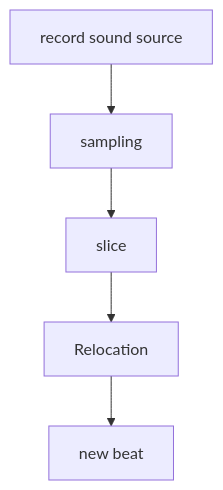
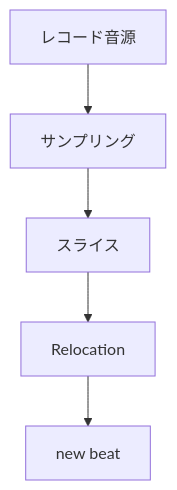
Before and after one commit to monumental-movement/monumental-movement.github.io: the second of 4 diagrams in en/_posts/2026-04-03-column-akai-mpc.md, drawn with Mermaid. The commit also changed other lines of this file and 2196 other files, not shown here.

```diff
--- a/en/_posts/2026-04-03-column-akai-mpc.md
+++ b/en/_posts/2026-04-03-column-akai-mpc.md
@@ -91,7 +90,7 @@
 <div class="mermaid">
 flowchart TD
-A[record sound source] --> B[sampling]
-B --> C[slice]
+A[レコード音源] --> B[サンプリング]
+B --> C[スライス]
 C --> D[Relocation]
 D --> E[new beat]
 </div>
```
